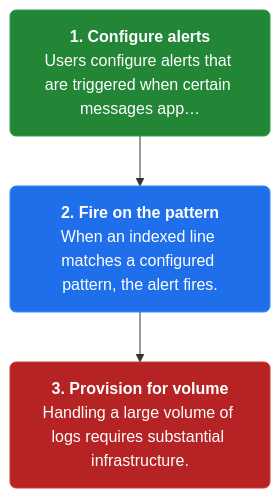
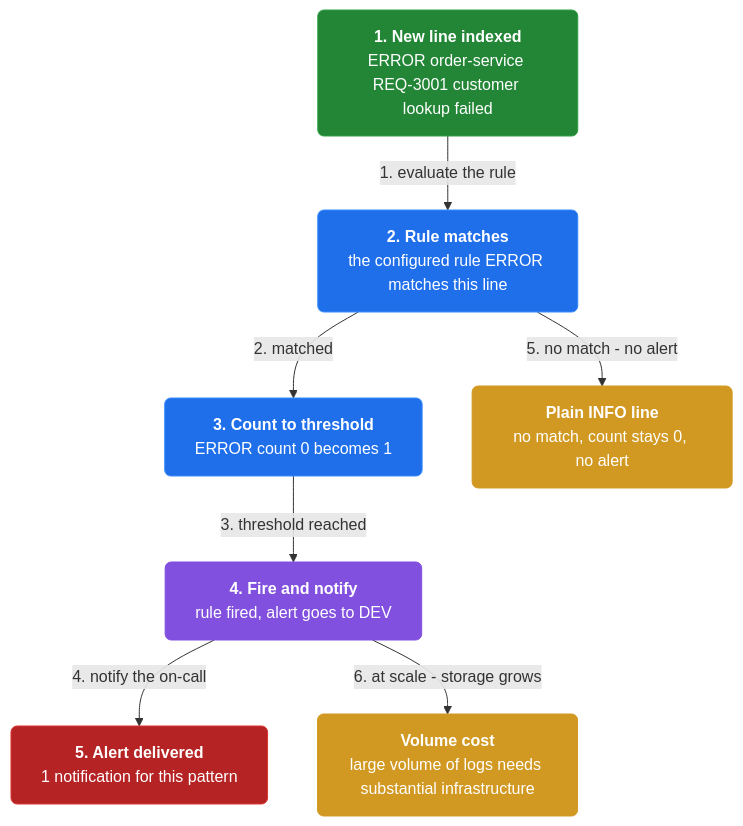
One commit to vinayakuber/microservices-io-study-guide changed the fourth of 4 diagrams in docs/ch36-log-aggregation.md. Above: the diagram before and after it, drawn with Mermaid. The commit also changed other lines of this file and 46 other files, not shown here.

First line of the commit message:
Author rich branching flow diagrams for all 44 chapters

````diff
--- a/docs/ch36-log-aggregation.md
+++ b/docs/ch36-log-aggregation.md
@@ -121,11 +150,21 @@
 ```mermaid
 flowchart TD
-  classDef step fill:#1f6feb,color:#ffffff,stroke:#388bfd,stroke-width:1px,rx:6
+  classDef step fill:#1f6feb,color:#ffffff,stroke:#388bfd,rx:6
+  classDef core fill:#8250df,color:#ffffff,stroke:#8250df,rx:6
+  classDef warn fill:#d29922,color:#ffffff,stroke:#d29922,rx:6
   classDef start fill:#238636,color:#ffffff,stroke:#2ea043,rx:6
   classDef stop fill:#b62324,color:#ffffff,stroke:#da3633,rx:6
-  s3n0["<b>1. Configure alerts</b><br/>Users configure alerts that are triggered when certain messages app…"]:::start
-  s3n1["<b>2. Fire on the pattern</b><br/>When an indexed line matches a configured pattern, the alert fires."]:::step
-  s3n2["<b>3. Provision for volume</b><br/>Handling a large volume of logs requires substantial infrastructure."]:::stop
-  s3n0 --> s3n1
-  s3n1 --> s3n2
+n0["<b>1. New line indexed</b><br/>ERROR order-service REQ-3001 customer lookup failed"]:::start
+  n1["<b>2. Rule matches</b><br/>the configured rule ERROR matches this line"]:::step
+  n2["<b>3. Count to threshold</b><br/>ERROR count 0 becomes 1"]:::step
+  n3["<b>4. Fire and notify</b><br/>rule fired, alert goes to DEV"]:::core
+  n4["<b>5. Alert delivered</b><br/>1 notification for this pattern"]:::stop
+  n5["<b>Plain INFO line</b><br/>no match, count stays 0, no alert"]:::warn
+  n6["<b>Volume cost</b><br/>large volume of logs needs substantial infrastructure"]:::warn
+  n0 -->|"1. evaluate the rule"| n1
+  n1 -->|"2. matched"| n2
+  n2 -->|"3. threshold reached"| n3
+  n3 -->|"4. notify the on-call"| n4
+  n1 -->|"5. no match - no alert"| n5
+  n3 -->|"6. at scale - storage grows"| n6
 ```
````
